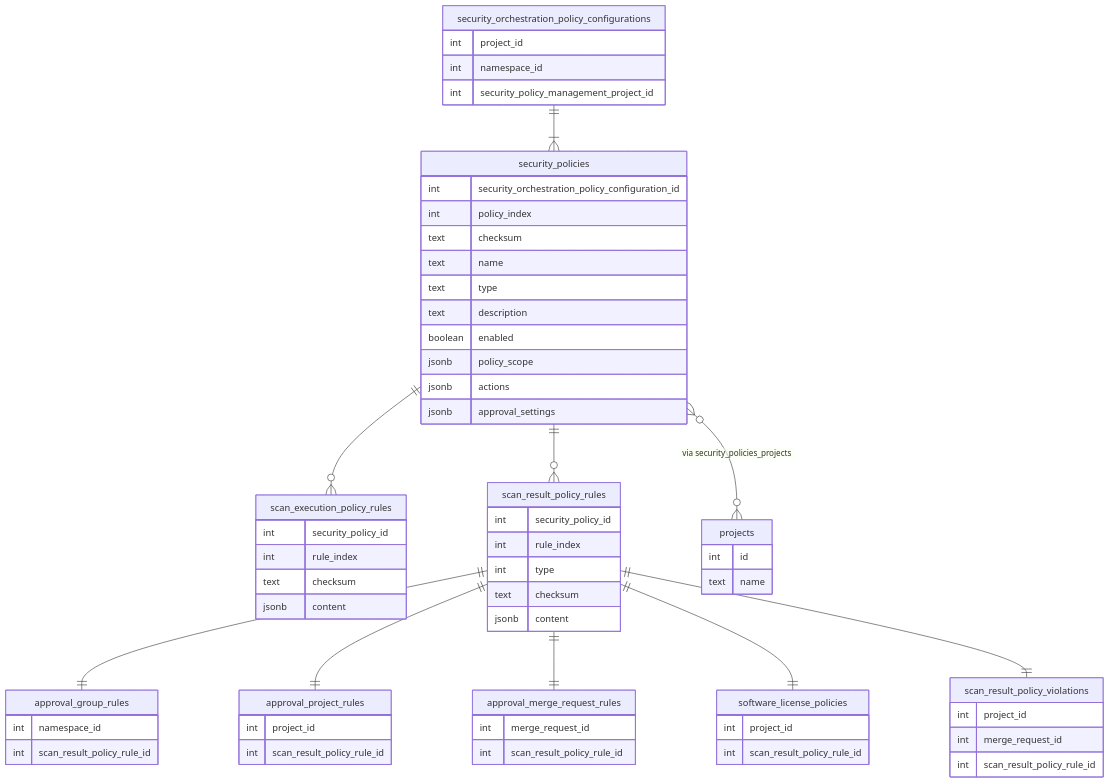
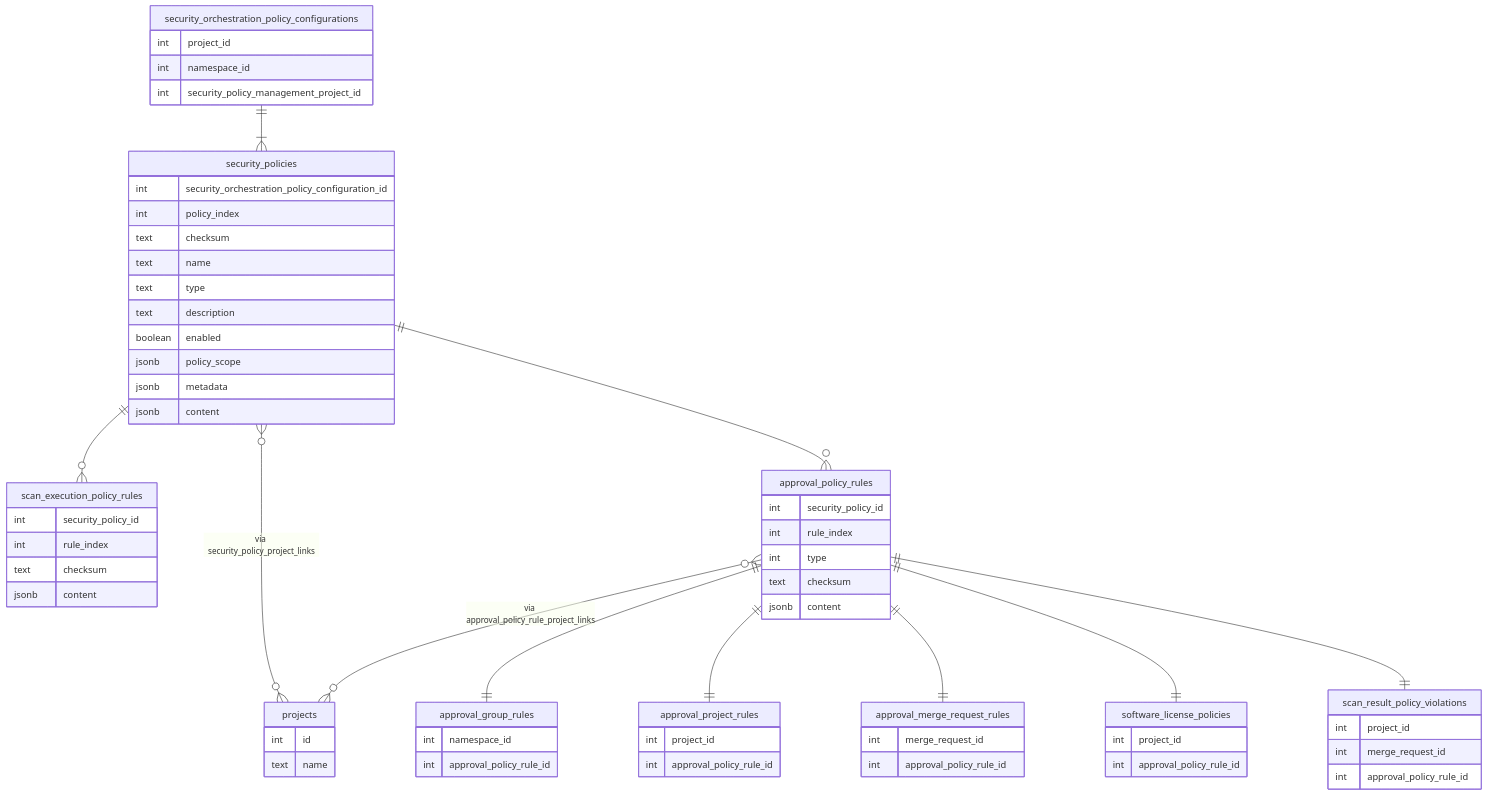
Before and after one commit to moliver28/research-handbook: the second of 2 diagrams in content/handbook/engineering/architecture/design-documents/security_policies_database_read_model/_index.md, drawn with Mermaid. The commit also changed other lines of this file, not shown here.

Commit message:
Update security policies read model architecture

````diff
--- a/content/handbook/engineering/architecture/design-documents/security_policies_database_read_model/_index.md
+++ b/content/handbook/engineering/architecture/design-documents/security_policies_database_read_model/_index.md
@@ -136,69 +141,70 @@
 ```mermaid
 erDiagram
     security_orchestration_policy_configurations ||--|{ security_policies : " "
     security_policies ||--o{ scan_execution_policy_rules : " "
-    security_policies ||--o{ scan_result_policy_rules : " "
-    security_policies }o--o{ projects : "via security_policies_projects"
-    scan_result_policy_rules ||--|| approval_group_rules : " "
-    scan_result_policy_rules ||--|| approval_project_rules : " "
-    scan_result_policy_rules ||--|| approval_merge_request_rules : " "
-    scan_result_policy_rules ||--|| software_license_policies : " "
-    scan_result_policy_rules ||--|| scan_result_policy_violations : " "
+    security_policies ||--o{ approval_policy_rules : " "
+    security_policies }o--o{ projects : "via security_policy_project_links"
+    approval_policy_rules }o--o{ projects : "via approval_policy_rule_project_links"
+    approval_policy_rules ||--|| approval_group_rules : " "
+    approval_policy_rules ||--|| approval_project_rules : " "
+    approval_policy_rules ||--|| approval_merge_request_rules : " "
+    approval_policy_rules ||--|| software_license_policies : " "
+    approval_policy_rules ||--|| scan_result_policy_violations : " "
 
     security_orchestration_policy_configurations {
         int project_id
         int namespace_id
         int security_policy_management_project_id
     }
     security_policies {
         int security_orchestration_policy_configuration_id
         int policy_index
         text checksum
         text name
         text type
         text description
         boolean enabled
         jsonb policy_scope
-        jsonb actions
-        jsonb approval_settings
+        jsonb metadata
+        jsonb content
     }
     projects {
             int id
             text name
     }
     scan_execution_policy_rules {
         int security_policy_id
         int rule_index
         text checksum
         jsonb content
     }
-    scan_result_policy_rules {
+    approval_policy_rules {
         int security_policy_id
         int rule_index
         int type
         text checksum
         jsonb content
     }
 
     approval_group_rules {
         int namespace_id
-        int scan_result_policy_rule_id
+        int approval_policy_rule_id
     }
     approval_project_rules {
         int project_id
-        int scan_result_policy_rule_id
+        int approval_policy_rule_id
     }
     approval_merge_request_rules {
         int merge_request_id
-        int scan_result_policy_rule_id
+        int approval_policy_rule_id
     }
     software_license_policies {
         int project_id
-        int scan_result_policy_rule_id
+        int approval_policy_rule_id
     }
     scan_result_policy_violations {
         int project_id
         int merge_request_id
-        int scan_result_policy_rule_id
+        int approval_policy_rule_id
     }
 ```
````
